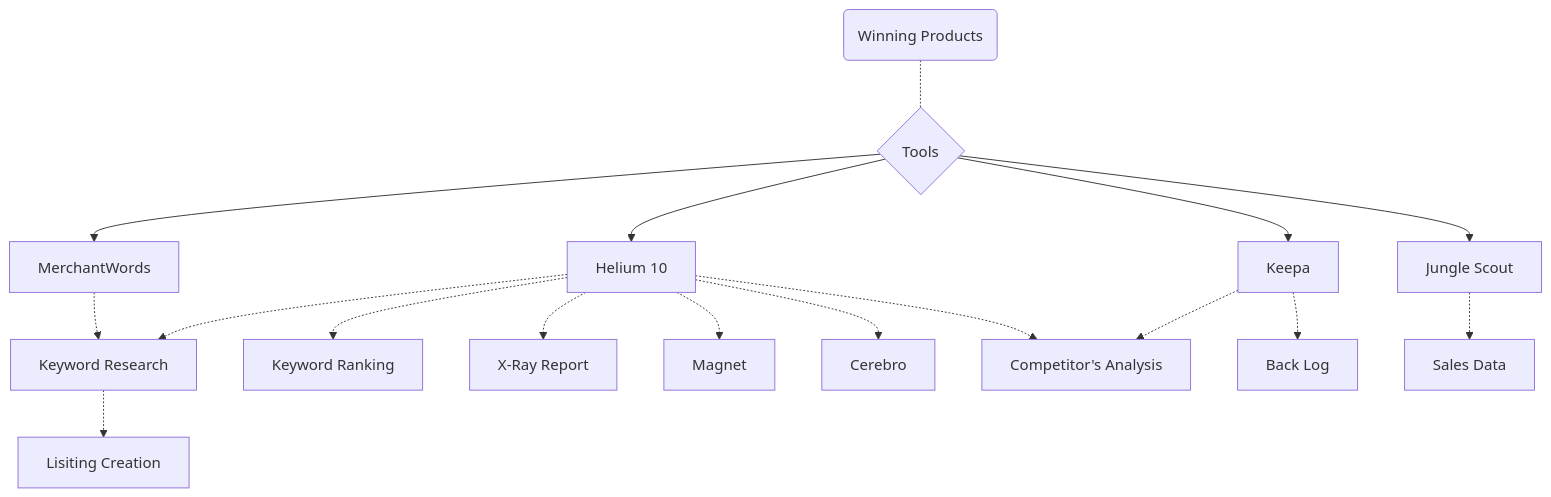
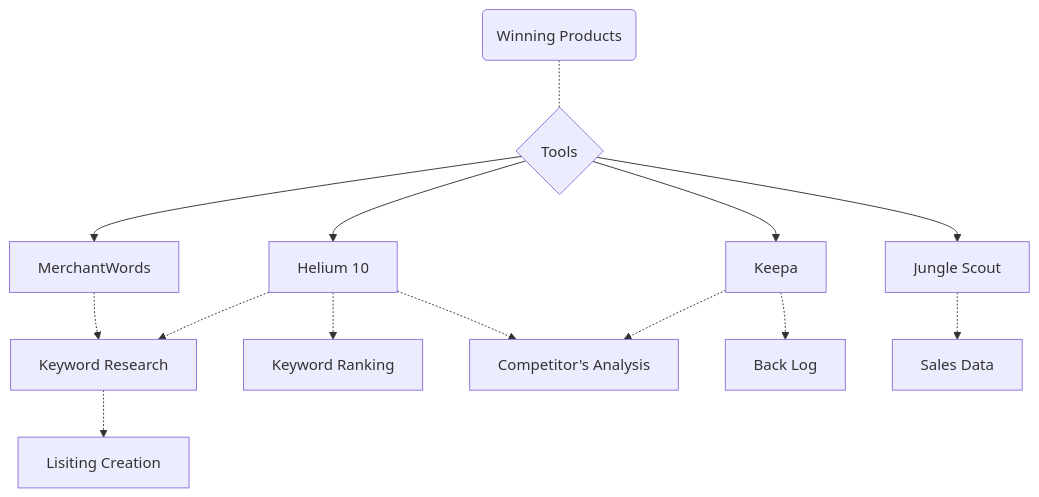
Before and after one commit to engradeelnayyar/engradeelnayyar: the second of 4 diagrams in amazonvirtualassistant.md, drawn with Mermaid. The commit also changed other lines of this file, not shown here.

````diff
--- a/amazonvirtualassistant.md
+++ b/amazonvirtualassistant.md
@@ -53,23 +53,20 @@
 ```mermaid
 
 flowchart TD
 
 A(Winning Products)-.-B{Tools}
 B{Tools}-->C[MerchantWords]
 B{Tools}-->D[Helium 10]
 B{Tools}-->F[Keepa]
 B{Tools}-->E[Jungle Scout]
 C[MerchantWords]-.->G[Keyword Research]-.->H[Lisiting Creation]
 D[Helium 10]-.->G[Keyword Research]
 D[Helium 10]-.->I[Keyword Ranking]
-D[Helium 10]-.->M[X-Ray Report]
-D[Helium 10]-.->N[Magnet]
-D[Helium 10]-.->O[Cerebro]
 D[Helium 10]-.->J[Competitor's Analysis]
 F[Keepa]-.->J[Competitor's Analysis]
 F[Keepa]-.->K[Back Log]
 E[Jungle Scout]-.->L[Sales Data]
 
 
 
 ```
````
